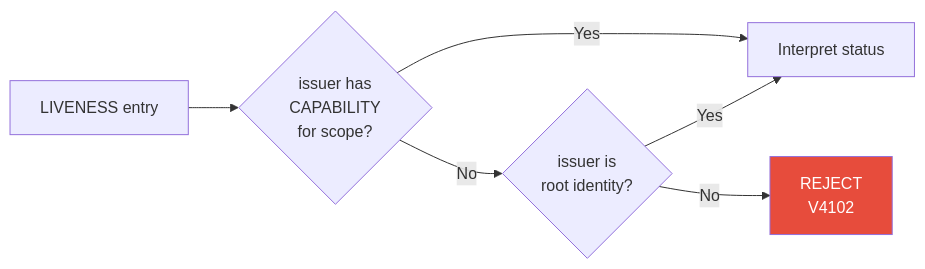
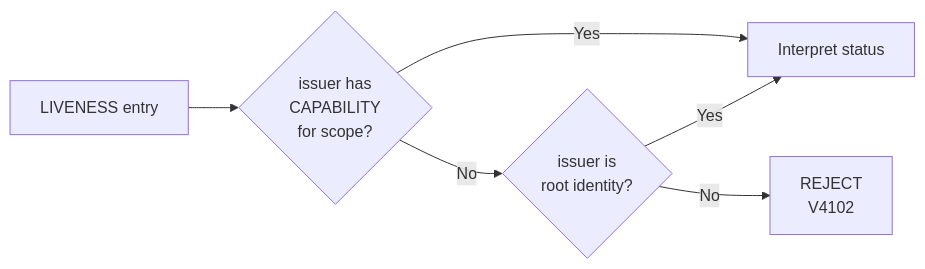
The third of 3 diagrams in docs/docs/protocol/v4/liveness.md (cyfko/veridot), drawn with Mermaid before and after one commit. The commit also changed other lines of this file and 25 other files, not shown here.

First line of the commit message:
style: remove colorful fill styles from Mermaid diagrams

````diff
--- a/docs/docs/protocol/v4/liveness.md
+++ b/docs/docs/protocol/v4/liveness.md
@@ -165,10 +163,9 @@
 ```mermaid
 flowchart LR
     L["LIVENESS entry"] --> AUTH{"issuer has\nCAPABILITY\nfor scope?"}
     AUTH -->|Yes| STATUS["Interpret status"]
     AUTH -->|No| ROOT{"issuer is\nroot identity?"}
     ROOT -->|Yes| STATUS
     ROOT -->|No| REJECT["REJECT\nV4102"]
 
-    style REJECT fill:#e74c3c,color:#fff
 ```
````
